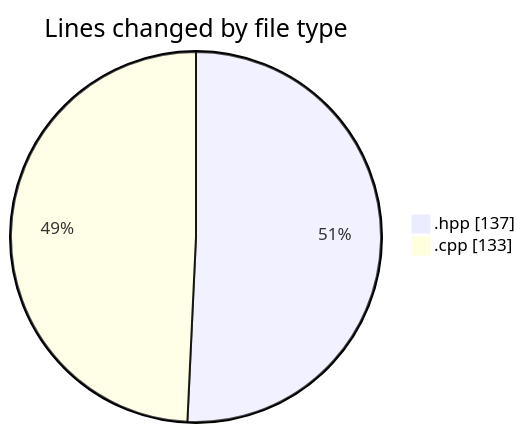
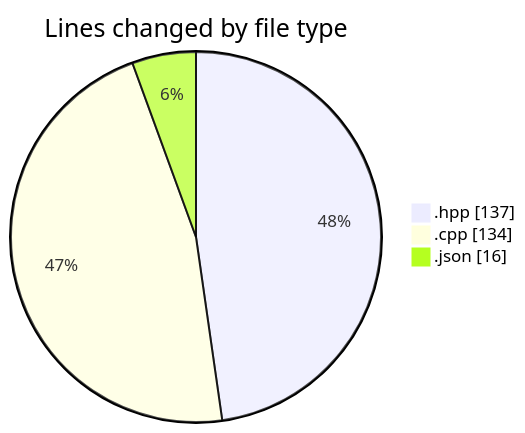
Before and after one commit to Netris89/code-tracking: the first of 2 diagrams in 2025-05-02/date/README.md, drawn with Mermaid. The commit also changed other lines of this file and 1 other file, not shown here.

````diff
--- a/2025-05-02/date/README.md
+++ b/2025-05-02/date/README.md
@@ -23,6 +24,7 @@
 ```mermaid
 pie showData
 title Lines changed by file type
 ".hpp" : 137
-".cpp" : 133
+".cpp" : 134
+".json" : 16
 ```
````
